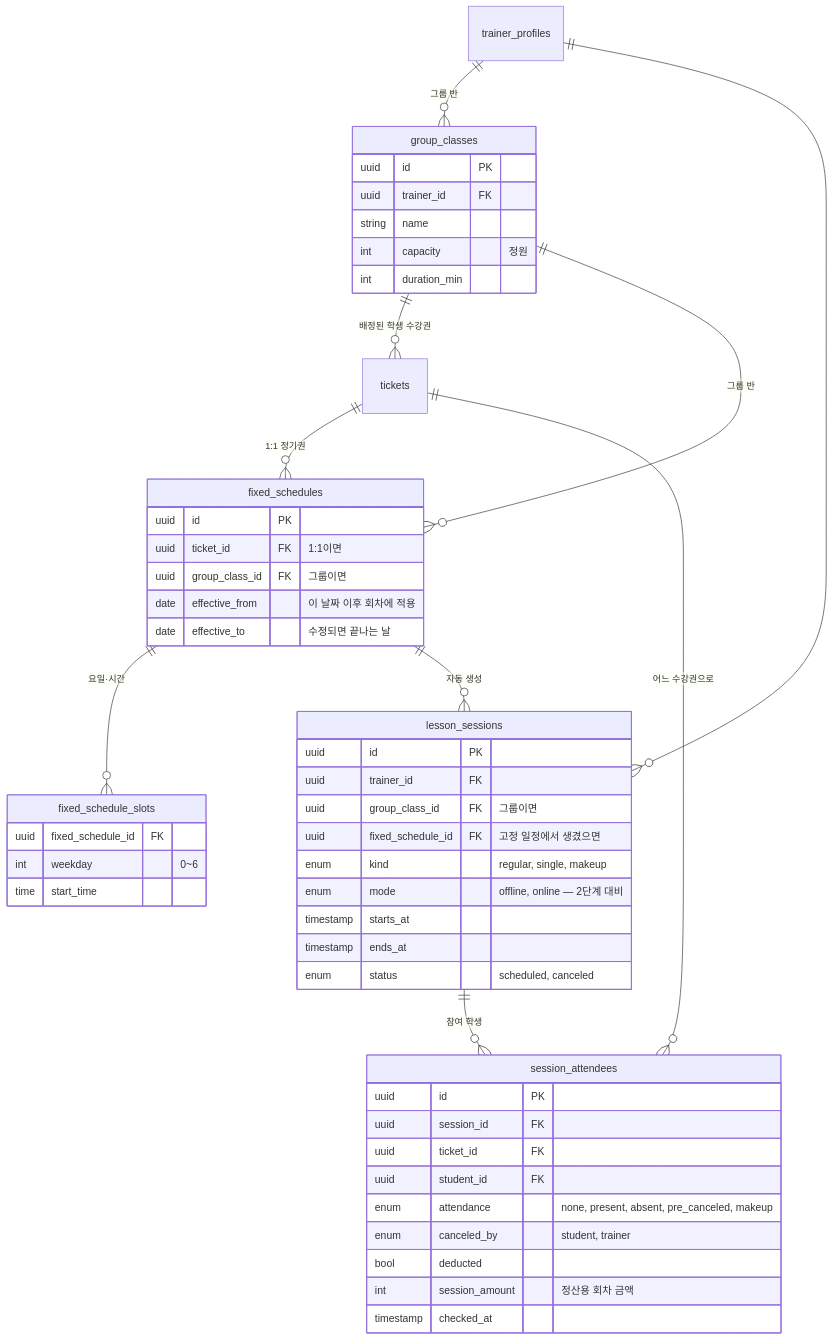
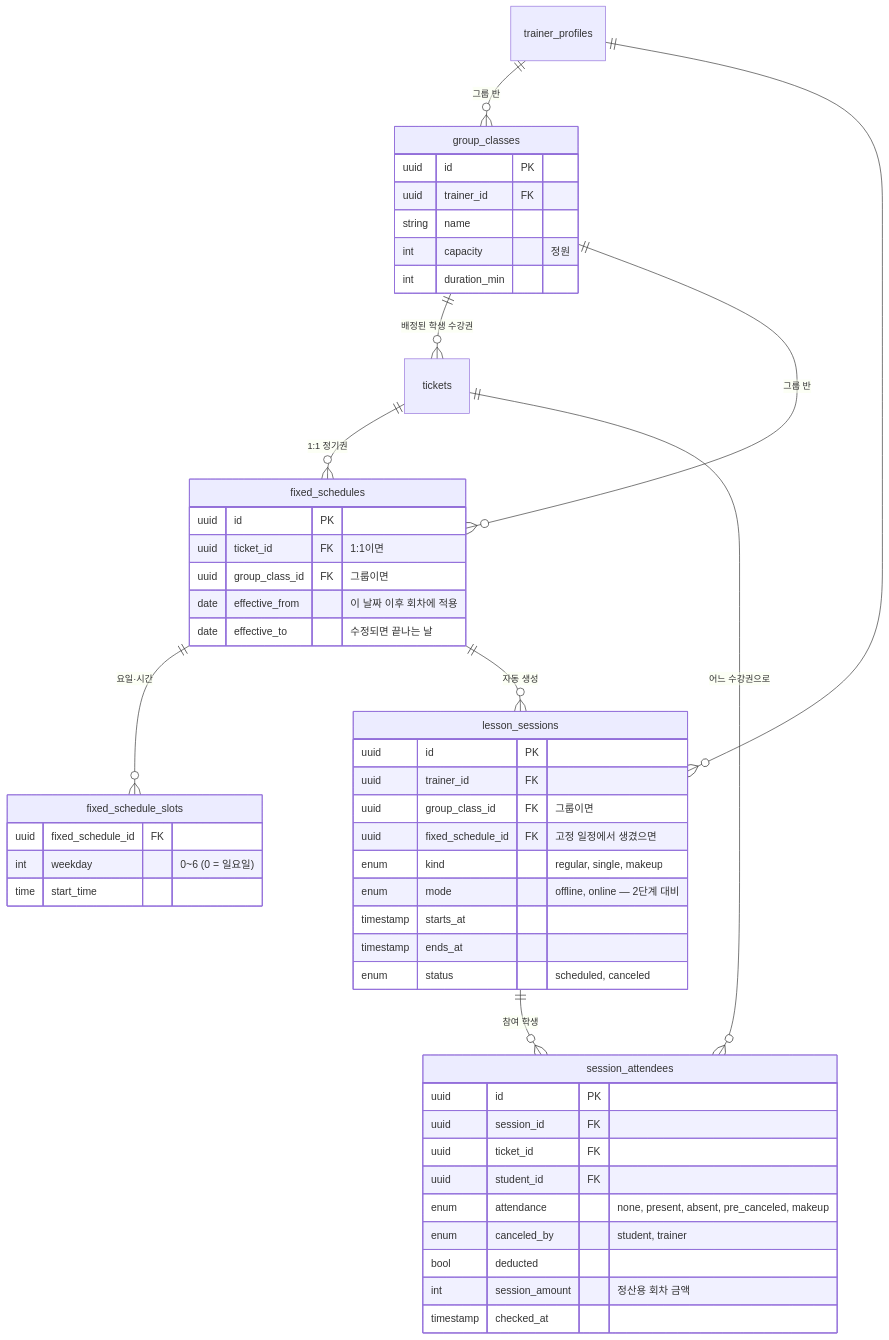
The third of 7 diagrams in docs/erd.md (Yun-Jehyeok/vocals), drawn with Mermaid before and after one commit. The commit also changed other lines of this file and 1 other file, not shown here.

````diff
--- a/docs/erd.md
+++ b/docs/erd.md
@@ -229,54 +229,54 @@
 ```mermaid
 erDiagram
     trainer_profiles ||--o{ group_classes : "그룹 반"
     group_classes ||--o{ tickets : "배정된 학생 수강권"
     tickets ||--o{ fixed_schedules : "1:1 정기권"
     group_classes ||--o{ fixed_schedules : "그룹 반"
     fixed_schedules ||--o{ fixed_schedule_slots : "요일·시간"
     trainer_profiles ||--o{ lesson_sessions : ""
     fixed_schedules ||--o{ lesson_sessions : "자동 생성"
     lesson_sessions ||--o{ session_attendees : "참여 학생"
     tickets ||--o{ session_attendees : "어느 수강권으로"
 
     group_classes {
         uuid id PK
         uuid trainer_id FK
         string name
         int capacity "정원"
         int duration_min
     }
     fixed_schedules {
         uuid id PK
         uuid ticket_id FK "1:1이면"
         uuid group_class_id FK "그룹이면"
         date effective_from "이 날짜 이후 회차에 적용"
         date effective_to "수정되면 끝나는 날"
     }
     fixed_schedule_slots {
         uuid fixed_schedule_id FK
-        int weekday "0~6"
+        int weekday "0~6 (0 = 일요일)"
         time start_time
     }
     lesson_sessions {
         uuid id PK
         uuid trainer_id FK
         uuid group_class_id FK "그룹이면"
         uuid fixed_schedule_id FK "고정 일정에서 생겼으면"
         enum kind "regular, single, makeup"
         enum mode "offline, online — 2단계 대비"
         timestamp starts_at
         timestamp ends_at
         enum status "scheduled, canceled"
     }
     session_attendees {
         uuid id PK
         uuid session_id FK
         uuid ticket_id FK
         uuid student_id FK
         enum attendance "none, present, absent, pre_canceled, makeup"
         enum canceled_by "student, trainer"
         bool deducted
         int session_amount "정산용 회차 금액"
         timestamp checked_at
     }
 ```
````
